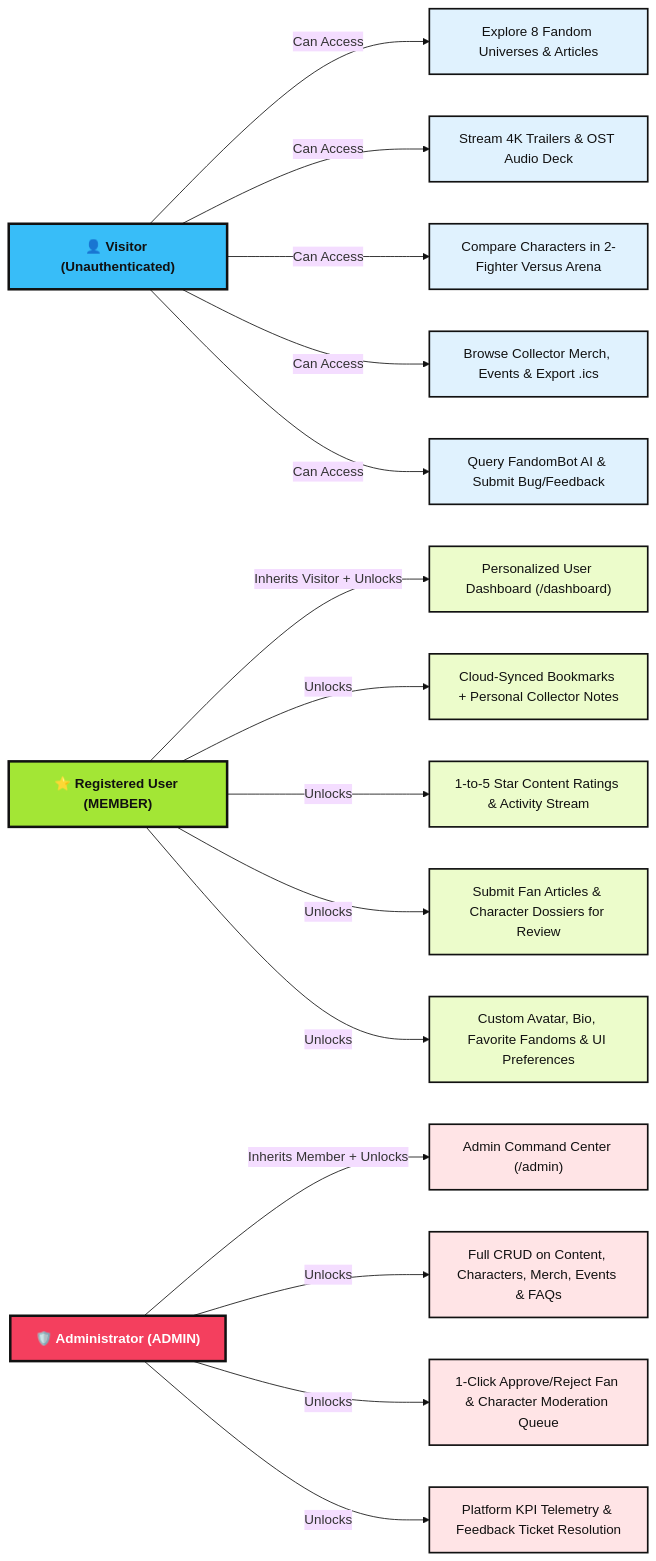
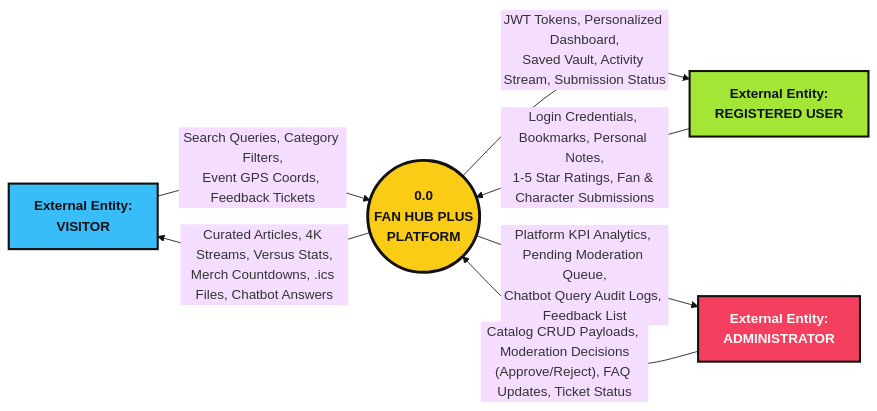
The second of 11 diagrams in DOCUMENTATION.md (haleemakintayo/fanHubPlus), drawn with Mermaid before and after one commit. The commit also changed other lines of this file, not shown here.

````diff
--- a/DOCUMENTATION.md
+++ b/DOCUMENTATION.md
@@ -138,32 +155,23 @@
 ```mermaid
 %%{init: {'theme': 'base', 'themeVariables': { 'lineColor': '#111111', 'fontFamily': 'monospace'}}}%%
 flowchart LR
-    classDef visitorRole fill:#38BDF8,stroke:#111111,stroke-width:3px,color:#111111,font-weight:bold;
-    classDef memberRole fill:#A3E635,stroke:#111111,stroke-width:3px,color:#111111,font-weight:bold;
-    classDef adminRole fill:#F43F5E,stroke:#111111,stroke-width:3px,color:#FFFFFF,font-weight:bold;
+    classDef entityVisitor fill:#38BDF8,stroke:#111111,stroke-width:2.5px,color:#111111,font-weight:bold;
+    classDef entityMember fill:#A3E635,stroke:#111111,stroke-width:2.5px,color:#111111,font-weight:bold;
+    classDef entityAdmin fill:#F43F5E,stroke:#111111,stroke-width:2.5px,color:#FFFFFF,font-weight:bold;
+    classDef centralSystem fill:#FACC15,stroke:#111111,stroke-width:3.5px,color:#111111,font-weight:bold;
 
-    classDef vNode fill:#E0F2FE,stroke:#111111,stroke-width:2px,color:#111111;
-    classDef mNode fill:#ECFCCB,stroke:#111111,stroke-width:2px,color:#111111;
-    classDef aNode fill:#FFE4E6,stroke:#111111,stroke-width:2px,color:#111111;
+    Visitor["External Entity:\nVISITOR"]:::entityVisitor
+    Member["External Entity:\nREGISTERED USER"]:::entityMember
+    Admin["External Entity:\nADMINISTRATOR"]:::entityAdmin
 
-    Visitor["👤 Visitor (Unauthenticated)"]:::visitorRole
-    Member["⭐ Registered User (MEMBER)"]:::memberRole
-    Admin["🛡️ Administrator (ADMIN)"]:::adminRole
+    System(("0.0\nFAN HUB PLUS\nPLATFORM")):::centralSystem
 
-    Visitor -->|"Can Access"| V1["Explore 8 Fandom Universes & Articles"]:::vNode
-    Visitor -->|"Can Access"| V2["Stream 4K Trailers & OST Audio Deck"]:::vNode
-    Visitor -->|"Can Access"| V3["Compare Characters in 2-Fighter Versus Arena"]:::vNode
-    Visitor -->|"Can Access"| V4["Browse Collector Merch, Events & Export .ics"]:::vNode
-    Visitor -->|"Can Access"| V5["Query FandomBot AI & Submit Bug/Feedback"]:::vNode
+    Visitor -->|"Search Queries, Category Filters,\nEvent GPS Coords, Feedback Tickets"| System
+    System -->|"Curated Articles, 4K Streams, Versus Stats,\nMerch Countdowns, .ics Files, Chatbot Answers"| Visitor
 
-    Member -->|"Inherits Visitor + Unlocks"| M1["Personalized User Dashboard (/dashboard)"]:::mNode
-    Member -->|"Unlocks"| M2["Cloud-Synced Bookmarks + Personal Collector Notes"]:::mNode
-    Member -->|"Unlocks"| M3["1-to-5 Star Content Ratings & Activity Stream"]:::mNode
-    Member -->|"Unlocks"| M4["Submit Fan Articles & Character Dossiers for Review"]:::mNode
-    Member -->|"Unlocks"| M5["Custom Avatar, Bio, Favorite Fandoms & UI Preferences"]:::mNode
+    Member -->|"Login Credentials, Bookmarks, Personal Notes,\n1-5 Star Ratings, Fan & Character Submissions"| System
+    System -->|"JWT Tokens, Personalized Dashboard,\nSaved Vault, Activity Stream, Submission Status"| Member
 
-    Admin -->|"Inherits Member + Unlocks"| A1["Admin Command Center (/admin)"]:::aNode
-    Admin -->|"Unlocks"| A2["Full CRUD on Content, Characters, Merch, Events & FAQs"]:::aNode
-    Admin -->|"Unlocks"| A3["1-Click Approve/Reject Fan & Character Moderation Queue"]:::aNode
-    Admin -->|"Unlocks"| A4["Platform KPI Telemetry & Feedback Ticket Resolution"]:::aNode
+    Admin -->|"Catalog CRUD Payloads, Moderation Decisions\n(Approve/Reject), FAQ Updates, Ticket Status"| System
+    System -->|"Platform KPI Analytics, Pending Moderation Queue,\nChatbot Query Audit Logs, Feedback List"| Admin
 ```
````
